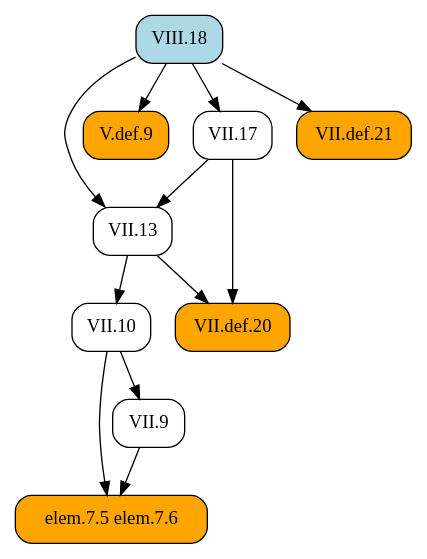
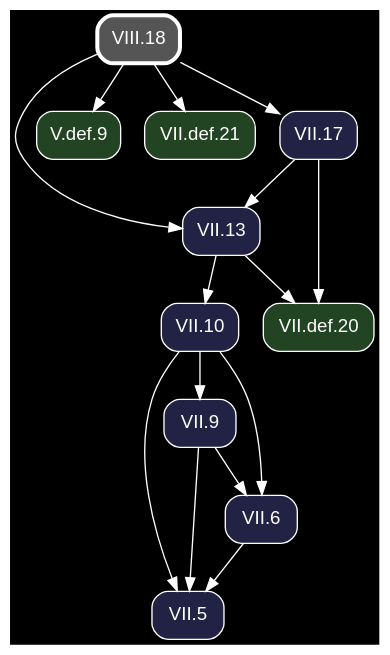
One commit to geometor/elements changed the diagram in docsrc/heath/VIII/18/index.rst. Above: the diagram before and after it, drawn with Graphviz. The commit also changed other lines of this file and 1200 other files, not shown here.

Commit message:
update dependency graphs

```diff
--- a/docsrc/heath/VIII/18/index.rst
+++ b/docsrc/heath/VIII/18/index.rst
@@ -64,26 +64,32 @@
 .. graphviz::
 
    digraph {
+     bgcolor="black";
+     node [shape=box, style="rounded,filled", fontname="Helvetica", color="white", fontcolor="white"];
+     edge [color="white", fontcolor="white"];
      rankdir="TB";
-     node [shape=box, style=rounded];
-     "VII.13" [URL="/heath/VII/13/", target="_top"];
-     "VIII.18" [style="rounded,filled", fillcolor=lightblue, URL="/heath/VIII/18/", target="_top"];
-     "elem.7.5 elem.7.6" [style="rounded,filled", fillcolor=orange];
-     "VII.9" [URL="/heath/VII/9/", target="_top"];
-     "V.def.9" [style="rounded,filled", fillcolor=orange, URL="/heath/V/def.9/", target="_top"];
-     "VII.17" [URL="/heath/VII/17/", target="_top"];
-     "VII.def.21" [style="rounded,filled", fillcolor=orange, URL="/heath/VII/def.21/", target="_top"];
-     "VII.def.20" [style="rounded,filled", fillcolor=orange, URL="/heath/VII/def.20/", target="_top"];
-     "VII.10" [URL="/heath/VII/10/", target="_top"];
+     "VII.13" [fillcolor="#222244", URL="/heath/VII/13/", target="_top"];
+     "VII.10" [fillcolor="#222244", URL="/heath/VII/10/", target="_top"];
+     "V.def.9" [fillcolor="#224422", URL="/heath/V/def.9/", target="_top"];
+     "VIII.18" [penwidth=3, color="white", fillcolor="#555555", URL="/heath/VIII/18/", target="_top"];
+     "VII.def.21" [fillcolor="#224422", URL="/heath/VII/def.21/", target="_top"];
+     "VII.5" [fillcolor="#222244", URL="/heath/VII/5/", target="_top"];
+     "VII.def.20" [fillcolor="#224422", URL="/heath/VII/def.20/", target="_top"];
+     "VII.9" [fillcolor="#222244", URL="/heath/VII/9/", target="_top"];
+     "VII.6" [fillcolor="#222244", URL="/heath/VII/6/", target="_top"];
+     "VII.17" [fillcolor="#222244", URL="/heath/VII/17/", target="_top"];
      "VII.17" -> "VII.13";
      "VIII.18" -> "VII.13";
-     "VII.9" -> "elem.7.5 elem.7.6";
-     "VII.10" -> "elem.7.5 elem.7.6";
-     "VII.10" -> "VII.9";
+     "VII.13" -> "VII.10";
      "VIII.18" -> "V.def.9";
-     "VIII.18" -> "VII.17";
      "VIII.18" -> "VII.def.21";
+     "VII.6" -> "VII.5";
+     "VII.9" -> "VII.5";
+     "VII.10" -> "VII.5";
      "VII.13" -> "VII.def.20";
      "VII.17" -> "VII.def.20";
-     "VII.13" -> "VII.10";
+     "VII.10" -> "VII.9";
+     "VII.9" -> "VII.6";
+     "VII.10" -> "VII.6";
+     "VIII.18" -> "VII.17";
    }
```
